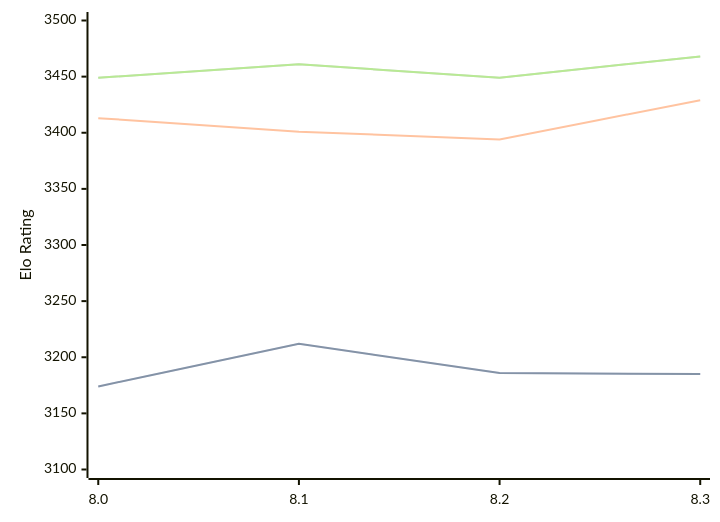
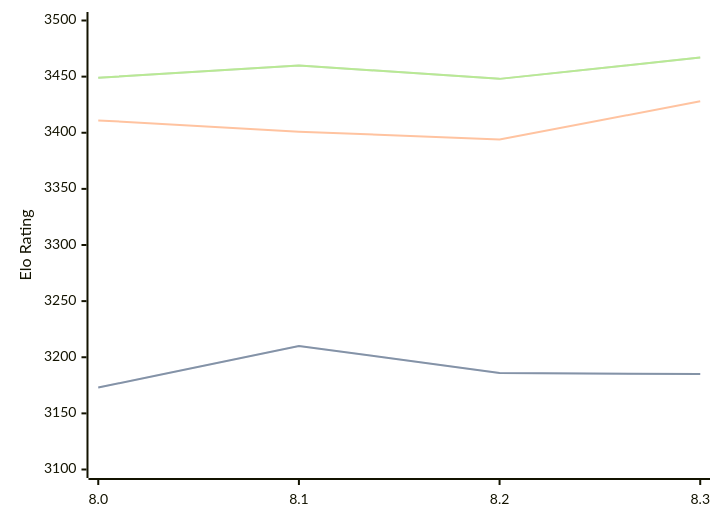
One commit to computer-chess-index/cci changed the diagram in engines/Alexander.md. Above: the diagram before and after it, drawn with Mermaid. The commit also changed other lines of this file, not shown here.

Commit message:
Update CCI Ratings (ELO VLTC) - 2026-04-17

````diff
--- a/engines/Alexander.md
+++ b/engines/Alexander.md
@@ -48,11 +48,11 @@
 ```mermaid
 %%{init: {"theme":"base","themeVariables":{"seriesColors:['#a3a3a3','#222221','#faa371']}}}%%
 xychart-beta
   x-axis ["8.0", "8.1", "8.2", "8.3"]
   y-axis "Elo Rating" 3100 --> 3500
-  line "STC (8.0+0.08s)" [3174, 3212, 3186, 3185]
-  line "STC (8.0+0.08s)" [3174, 3212, 3186, 3185]
-  line "LTC (60.0+0.60s)" [3413, 3401, 3394, 3429]
-  line "VLTC (2m24s+1.12s)" [3449, 3461, 3449, 3468]
-  line "VLTC (2m24s+1.12s)" [3449, 3461, 3449, 3468]
+  line "STC (8.0+0.08s)" [3173, 3210, 3186, 3185]
+  line "STC (8.0+0.08s)" [3173, 3210, 3186, 3185]
+  line "LTC (60.0+0.60s)" [3411, 3401, 3394, 3428]
+  line "VLTC (2m24s+1.12s)" [3449, 3460, 3448, 3467]
+  line "VLTC (2m24s+1.12s)" [3449, 3460, 3448, 3467]
 ```
````
